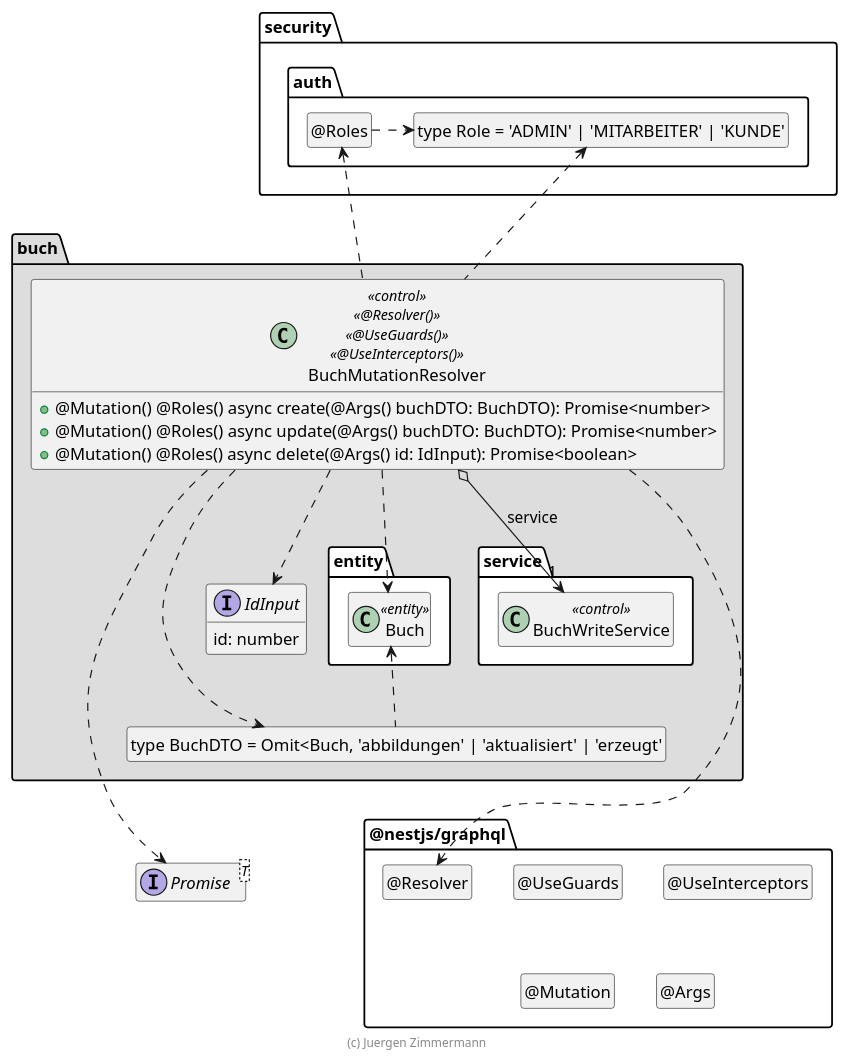
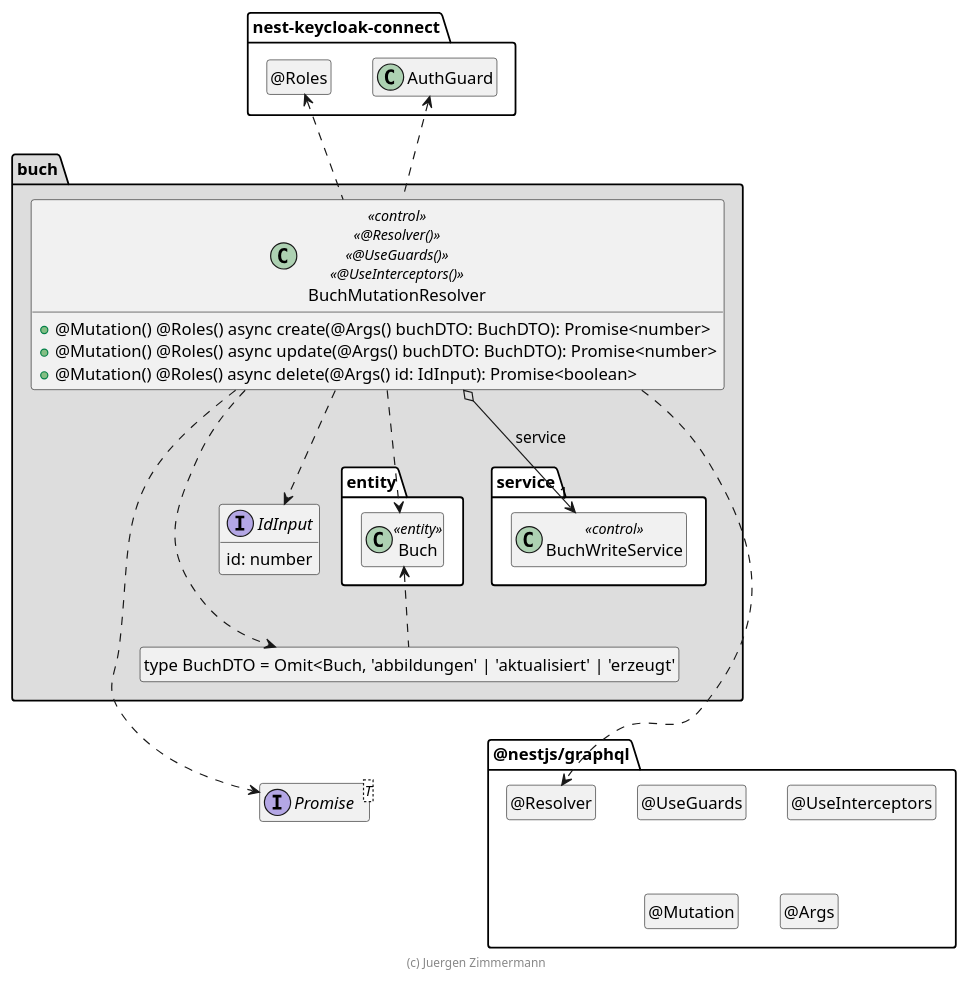
Before and after one commit to juergenzimmermann/buch: the diagram in .extras/doc/projekthandbuch/BuchMutationResolver.plantuml, drawn with PlantUML. The commit also changed 6 other files, not shown here.

```diff
--- a/.extras/doc/projekthandbuch/BuchMutationResolver.plantuml
+++ b/.extras/doc/projekthandbuch/BuchMutationResolver.plantuml
@@ -18,74 +18,71 @@
 @startuml Controller-Klasse
 
 interface Promise<T>
 
 package @nestjs/graphql {
   class "@Resolver" as Resolver
   hide Resolver circle
 
   class "@UseGuards" as UseGuards
   hide UseGuards circle
 
   class "@UseInterceptors" as UseInterceptors
   hide UseInterceptors circle
 
   class "@Mutation" as Mutation
   hide Mutation circle
 
   class "@Args" as Args
   hide Args circle
 }
 
-package security.auth {
-  class "type Role = 'ADMIN' | 'MITARBEITER' | 'KUNDE'" as Role
-  hide Role circle
+package nest-keycloak-connect {
+  class AuthGuard
 
   class "@Roles" as Roles
   hide Roles circle
-
-  Roles .right.> Role
 }
 
 package buch #DDDDDD {
   package entity #FFFFFF {
     class Buch <<entity>>
   }
 
   package service #FFFFFF {
     class BuchWriteService << control >>
   }
 
   class "type BuchDTO = Omit<Buch, 'abbildungen' | 'aktualisiert' | 'erzeugt'" as BuchDTO
   hide BuchDTO circle
 
     interface IdInput {
         id: number
     }
 
   class BuchMutationResolver << control >> << @Resolver() >> << @UseGuards() >> << @UseInterceptors() >> {
     + @Mutation() @Roles() async create(@Args() buchDTO: BuchDTO): Promise<number>
     + @Mutation() @Roles() async update(@Args() buchDTO: BuchDTO): Promise<number>
     + @Mutation() @Roles() async delete(@Args() id: IdInput): Promise<boolean>
   }
 
   BuchMutationResolver o-down-> "1" BuchWriteService : service
 
   BuchMutationResolver ..> Buch
   BuchMutationResolver ..> BuchDTO
   BuchMutationResolver ..> IdInput
   BuchDTO .up.> Buch
   BuchMutationResolver ..> Promise
   BuchMutationResolver ..> Resolver
 
+  BuchMutationResolver .up.> AuthGuard
   BuchMutationResolver .up.> Roles
-  BuchMutationResolver .up.> Role
 
   BuchDTO .[hidden].> Promise
   BuchDTO .[hidden].> Resolver
 }
 
 hide empty members
 
 footer (c) Juergen Zimmermann
 
 @enduml
```
